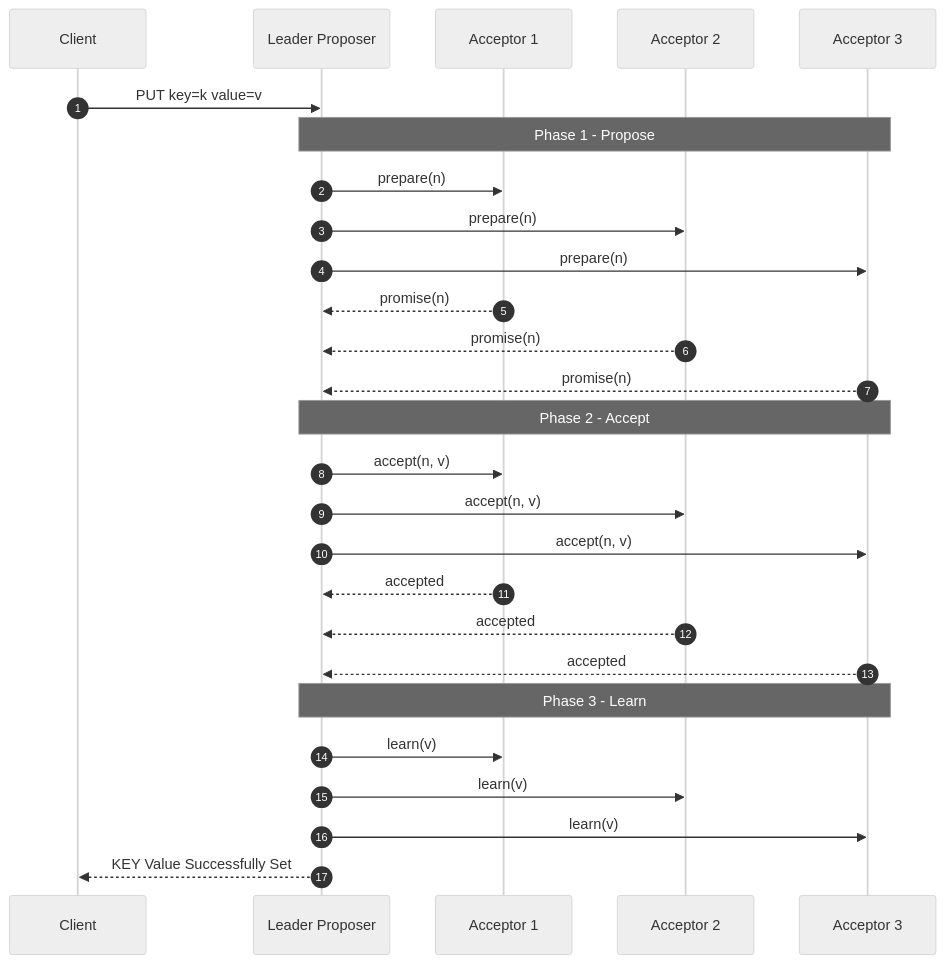
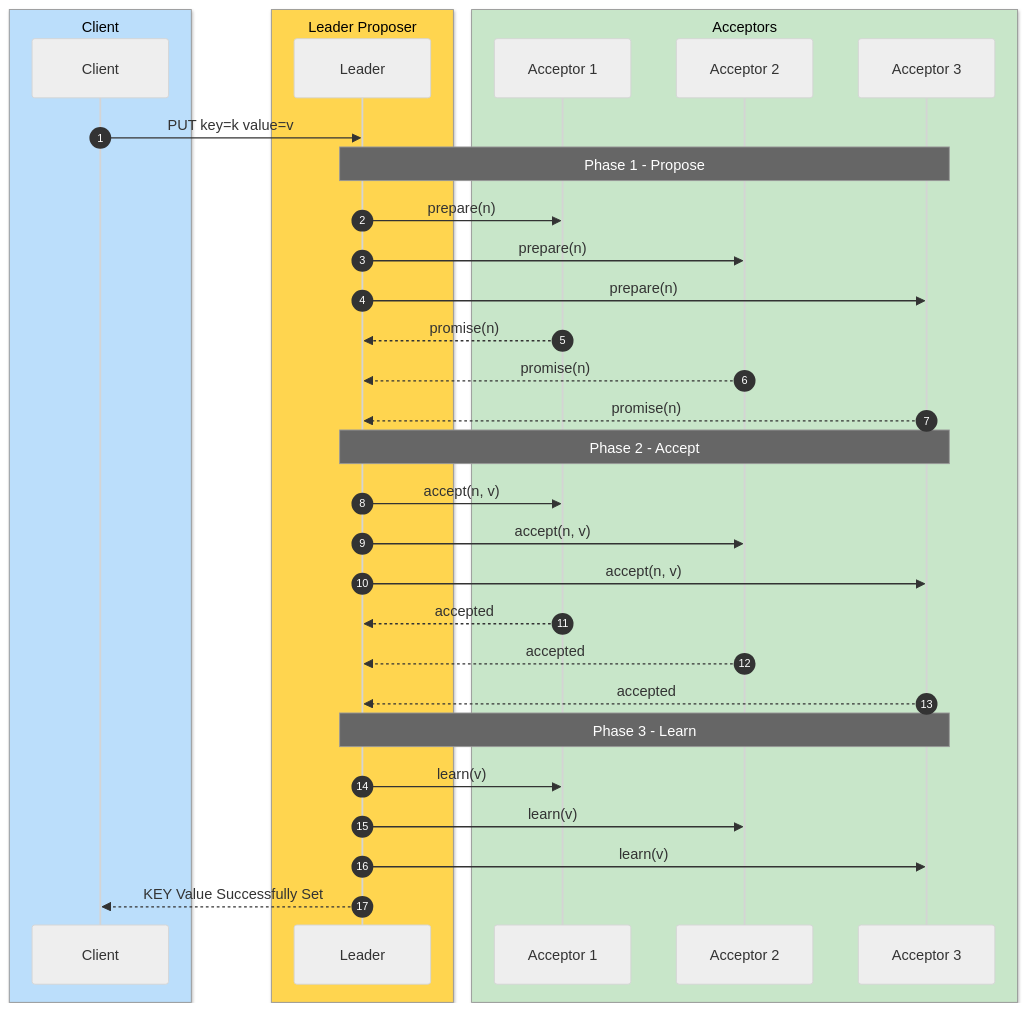
One commit to magana272/PAXOS-Key-Value-Store changed the second of 5 diagrams in README.md. Above: the diagram before and after it, drawn with Mermaid (neutral theme). The commit also changed other lines of this file, not shown here.

First line of the commit message:
docs(readme): add Leader Election section and color the diagrams

````diff
--- a/README.md
+++ b/README.md
@@ -59,32 +63,38 @@
 ```mermaid
 sequenceDiagram
     autonumber
-    participant C as Client
-    participant L as Leader Proposer
-    participant A1 as Acceptor 1
-    participant A2 as Acceptor 2
-    participant A3 as Acceptor 3
+    box rgb(187,222,251) Client
+        participant C as Client
+    end
+    box rgb(255,213,79) Leader Proposer
+        participant L as Leader
+    end
+    box rgb(200,230,201) Acceptors
+        participant A1 as Acceptor 1
+        participant A2 as Acceptor 2
+        participant A3 as Acceptor 3
+    end
 
     C->>L: PUT key=k value=v
     Note over L,A3: Phase 1 - Propose
     L->>A1: prepare(n)
     L->>A2: prepare(n)
     L->>A3: prepare(n)
     A1-->>L: promise(n)
     A2-->>L: promise(n)
     A3-->>L: promise(n)
 
     Note over L,A3: Phase 2 - Accept
     L->>A1: accept(n, v)
     L->>A2: accept(n, v)
     L->>A3: accept(n, v)
     A1-->>L: accepted
     A2-->>L: accepted
     A3-->>L: accepted
 
     Note over L,A3: Phase 3 - Learn
     L->>A1: learn(v)
     L->>A2: learn(v)
     L->>A3: learn(v)
     L-->>C: KEY Value Successfully Set
 ```
````
